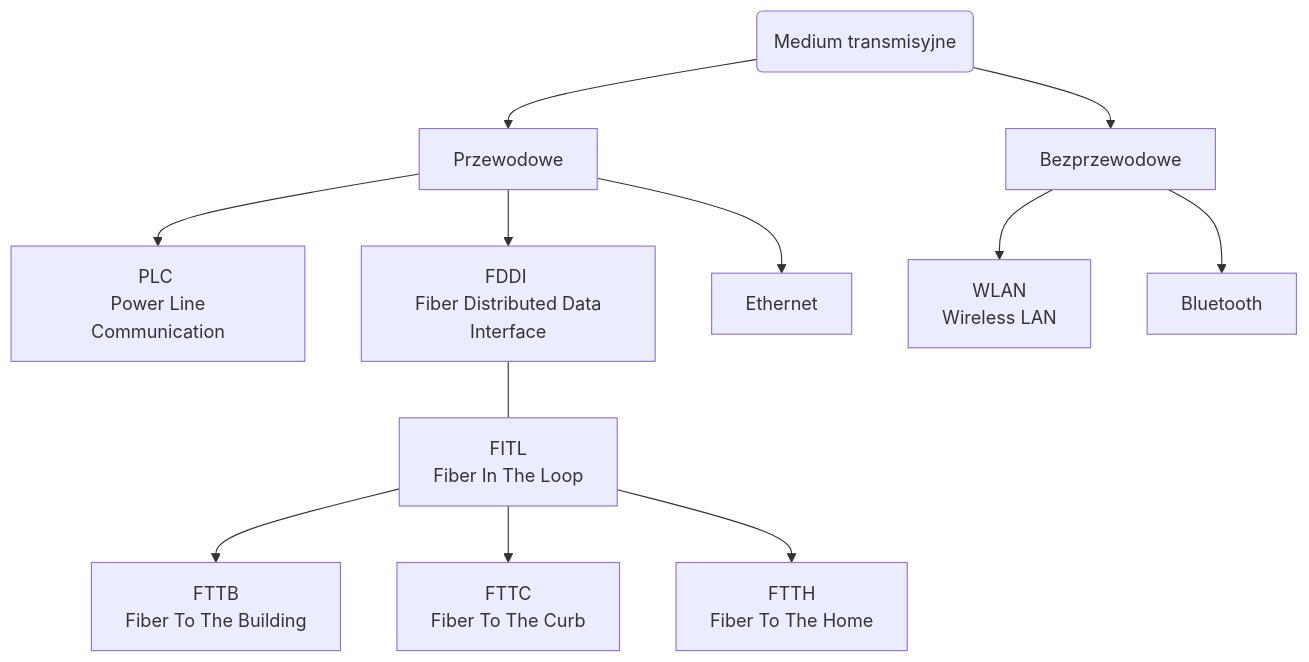
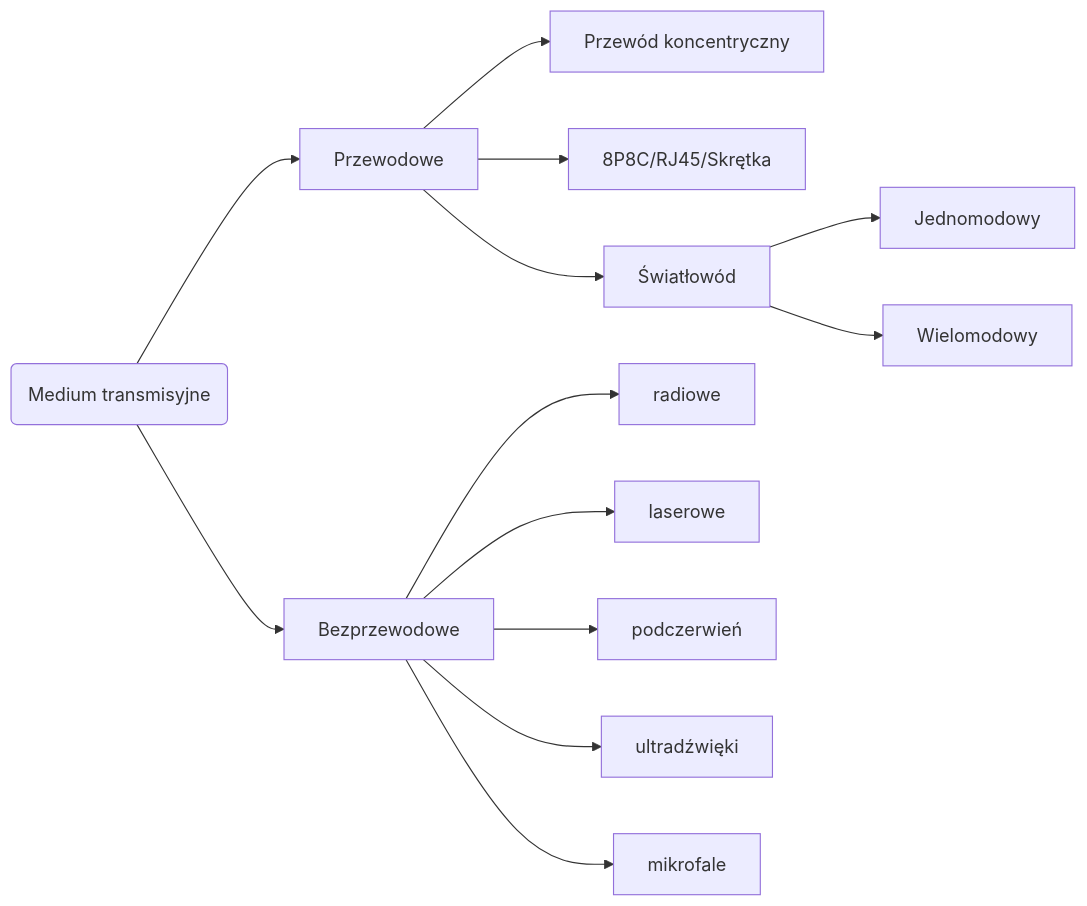
Before and after one commit to Week-end-Development/WED: the diagram in sem6/tel-inf-solution/tis-summary.md, drawn with Mermaid. The commit also changed other lines of this file, not shown here.

````diff
--- a/sem6/tel-inf-solution/tis-summary.md
+++ b/sem6/tel-inf-solution/tis-summary.md
@@ -30,14 +47,15 @@
 ```mermaid
-graph TD
+graph LR
   A(Medium transmisyjne) --> B[Przewodowe]
   A --> C[Bezprzewodowe]
-  B --> D1[PLC \n Power Line Communication]
-  B --> D2[FDDI \n Fiber Distributed Data Interface]
-  B --> D3[Ethernet]
-  C --> E1[WLAN \n Wireless LAN]
-  C --> E2[Bluetooth]
-  D2 --- F0[FITL \n Fiber In The Loop]
-  F0 --> F1[FTTB \n Fiber To The Building]
-  F0 --> F2[FTTC \n Fiber To The Curb]
-  F0 --> F3[FTTH \n Fiber To The Home]
+  B --> B1[Przewód koncentryczny]
+  B --> B2[8P8C/RJ45/Skrętka]
+  B --> B3[Światłowód]
+  B3 --> B3a[Jednomodowy]
+  B3 --> B3b[Wielomodowy]
+  C --> C1[radiowe]
+  C --> C2[laserowe]
+  C --> C3[podczerwień]
+  C --> C4[ultradźwięki]
+  C --> C5[mikrofale]
 ```
````
